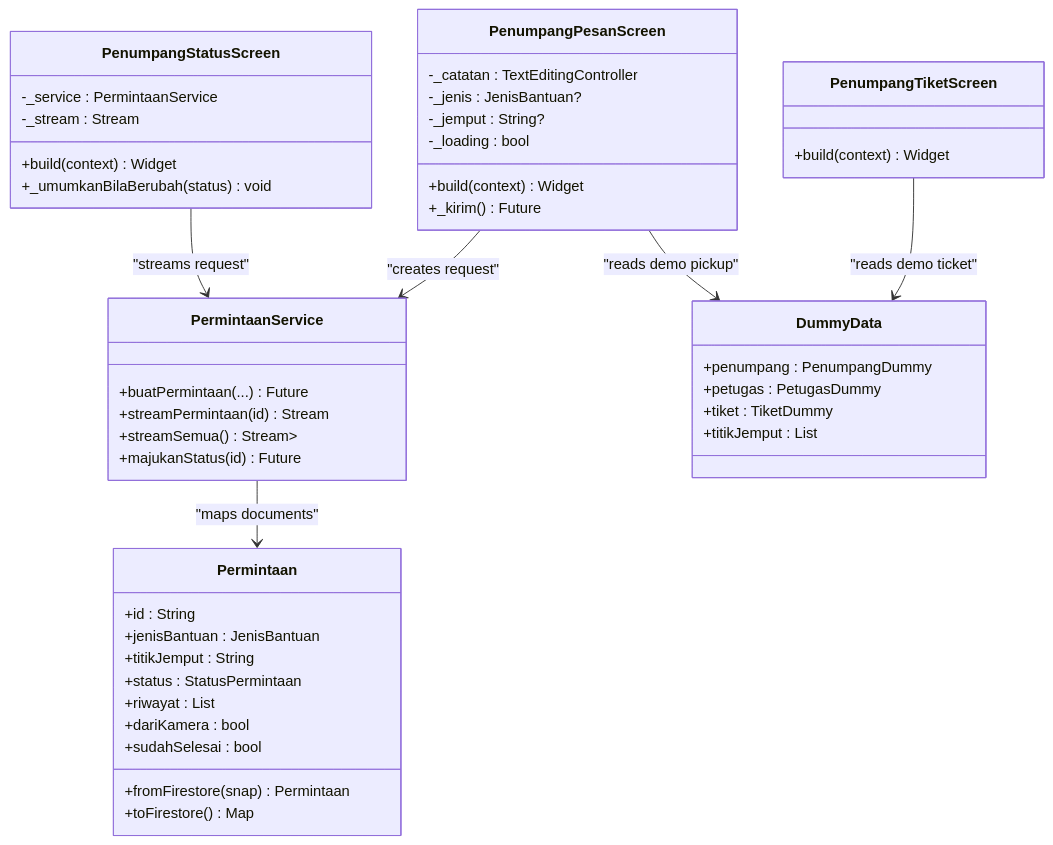
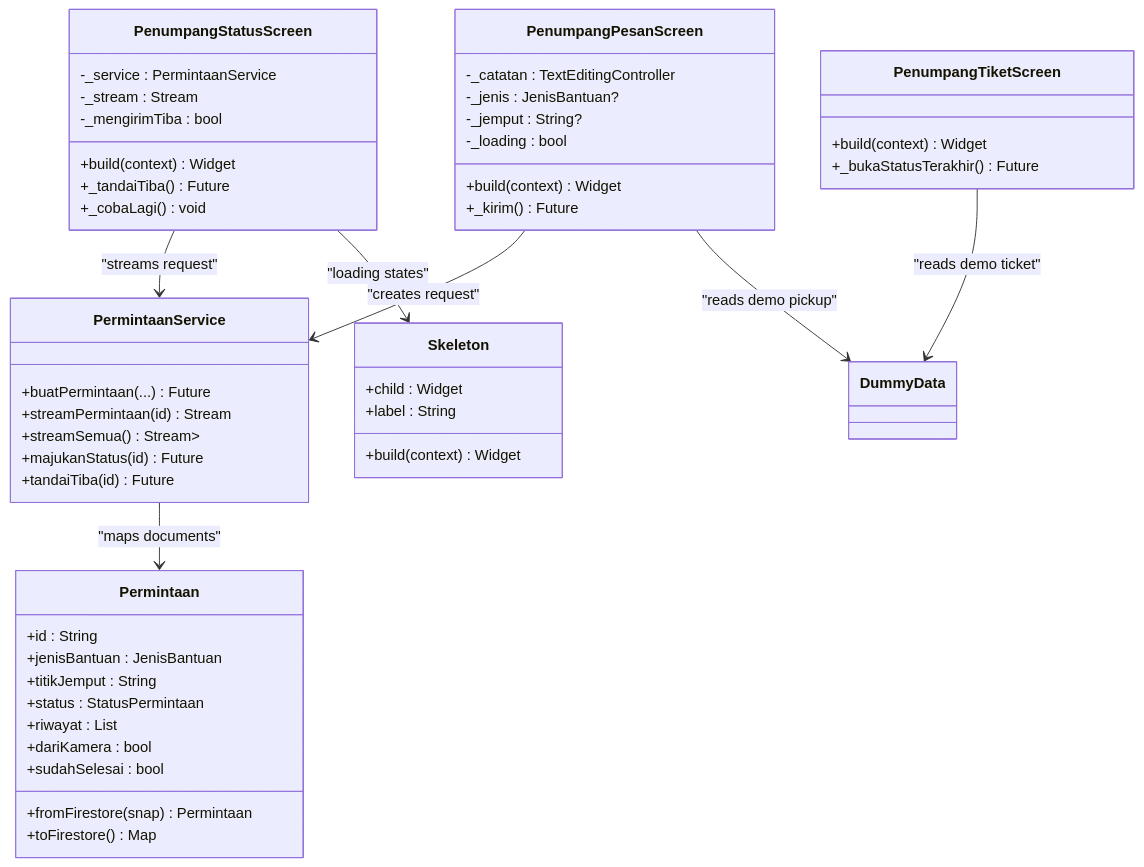
The second of 5 diagrams in .qoder/repowiki/en/content/Mobile Application/Passenger Interface/Passenger Interface.md (rdsarjito/whoosh-ramah), drawn with Mermaid before and after one commit. The commit also changed other lines of this file and 68 other files, not shown here.

````diff
--- a/.qoder/repowiki/en/content/Mobile Application/Passenger Interface/Passenger Interface.md
+++ b/.qoder/repowiki/en/content/Mobile Application/Passenger Interface/Passenger Interface.md
@@ -90,48 +104,52 @@
 ```mermaid
 classDiagram
 class PenumpangTiketScreen {
 +build(context) Widget
++_bukaStatusTerakhir() Future<void>
 }
 class PenumpangPesanScreen {
 -_catatan : TextEditingController
 -_jenis : JenisBantuan?
 -_jemput : String?
 -_loading : bool
 +build(context) Widget
 +_kirim() Future<void>
 }
 class PenumpangStatusScreen {
 -_service : PermintaanService
 -_stream : Stream<Permintaan?>
+-_mengirimTiba : bool
 +build(context) Widget
-+_umumkanBilaBerubah(status) void
++_tandaiTiba() Future<void>
++_cobaLagi() void
 }
 class PermintaanService {
-+buatPermintaan(...) Future<String>
++buatPermintaan(...) Future<HasilPermintaan>
 +streamPermintaan(id) Stream<Permintaan?>
 +streamSemua() Stream<List<Permintaan>>
 +majukanStatus(id) Future<void>
++tandaiTiba(id) Future<void>
 }
 class Permintaan {
 +id : String
 +jenisBantuan : JenisBantuan
 +titikJemput : String
 +status : StatusPermintaan
 +riwayat : List<RiwayatStatus>
 +dariKamera : bool
 +sudahSelesai : bool
 +fromFirestore(snap) Permintaan
 +toFirestore() Map
 }
-class DummyData {
-+penumpang : PenumpangDummy
-+petugas : PetugasDummy
-+tiket : TiketDummy
-+titikJemput : List<String>
+class Skeleton {
++child : Widget
++label : String
++build(context) Widget
 }
 PenumpangPesanScreen --> PermintaanService : "creates request"
 PenumpangStatusScreen --> PermintaanService : "streams request"
 PermintaanService --> Permintaan : "maps documents"
 PenumpangTiketScreen --> DummyData : "reads demo ticket"
 PenumpangPesanScreen --> DummyData : "reads demo pickup"
+PenumpangStatusScreen --> Skeleton : "loading states"
 ```
````
